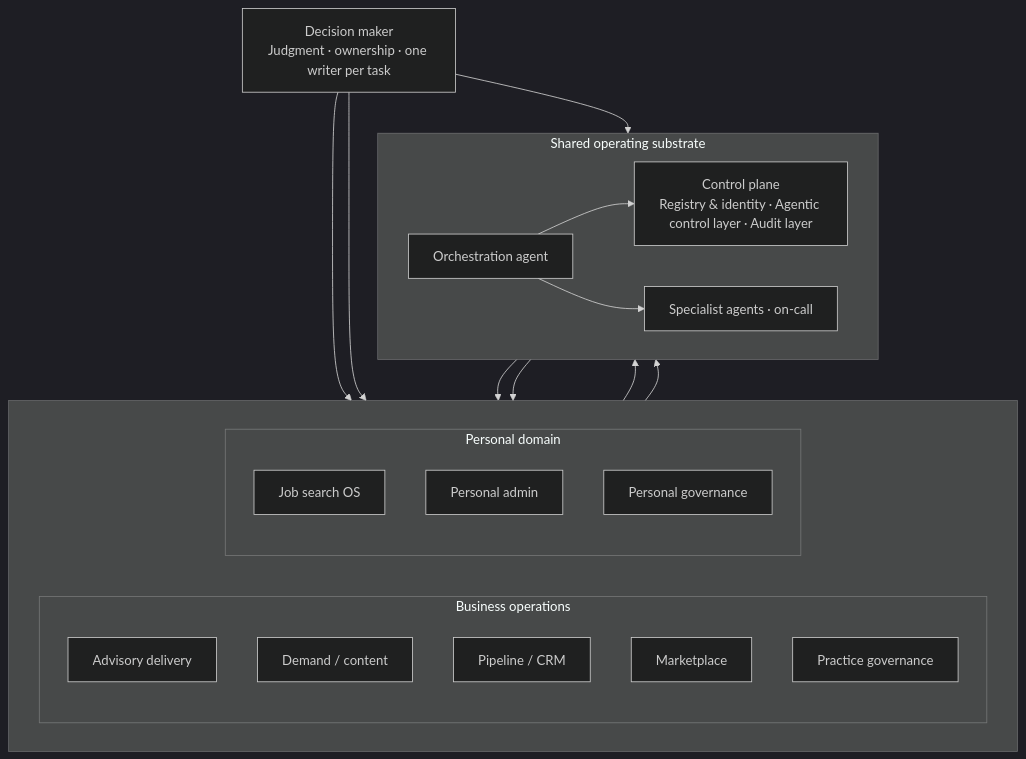
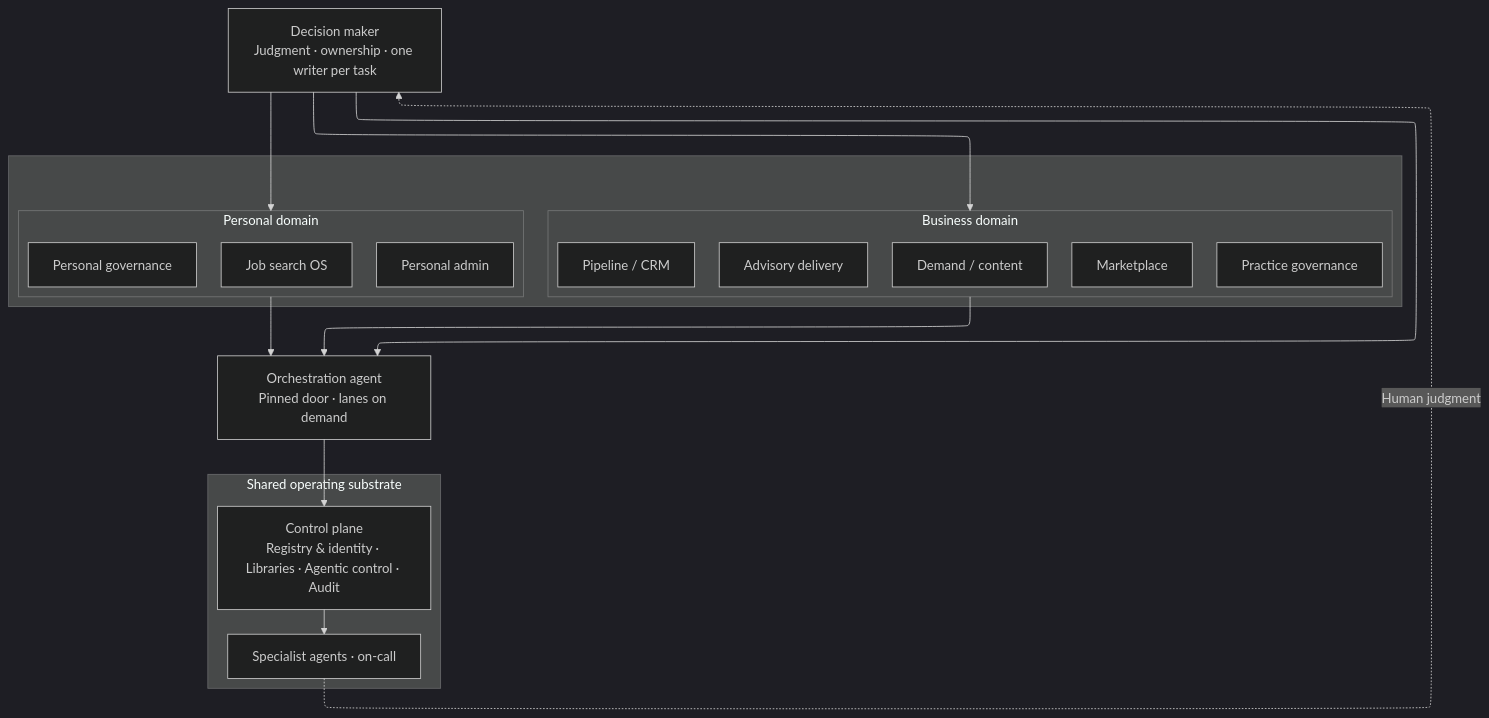
Before and after one commit to clintonpracher/operator-portfolio: the diagram in assets/diagrams/architecture-one-glance.mmd, drawn with Mermaid (dark theme). The commit also changed 35 other files, not shown here.

```diff
--- a/assets/diagrams/architecture-one-glance.mmd
+++ b/assets/diagrams/architecture-one-glance.mmd
@@ -1,37 +1,40 @@
+%%{init: {"flowchart": {"defaultRenderer": "elk"}} }%%
 flowchart TB
   DM["Decision maker<br/>Judgment · ownership · one writer per task"]
 
-  subgraph PILLARS[" "]
+  subgraph DOMAINS[" "]
     direction LR
 
-    subgraph BIZ["Business operations"]
+    subgraph BIZ["Business domain"]
+      direction TB
       B1["Advisory delivery"]
       B2["Demand / content"]
       B3["Pipeline / CRM"]
       B4["Marketplace"]
       B5["Practice governance"]
     end
 
     subgraph PER["Personal domain"]
+      direction TB
       P1["Job search OS"]
       P2["Personal admin"]
       P3["Personal governance"]
     end
   end
 
+  ORCH["Orchestration agent<br/>Pinned door · lanes on demand"]
+
   subgraph SHARED["Shared operating substrate"]
-    direction LR
-    ORCH["Orchestration agent"]
-    PLANE["Control plane<br/>Registry & identity · Agentic control layer · Audit layer"]
+    direction TB
+    PLANE["Control plane<br/>Registry & identity · Libraries · Agentic control · Audit"]
     SPEC["Specialist agents · on-call"]
   end
 
   DM --> BIZ
   DM --> PER
   DM --> ORCH
+  BIZ --> ORCH
+  PER --> ORCH
   ORCH --> PLANE
-  ORCH --> SPEC
-  BIZ --> PLANE
-  PER --> PLANE
-  SPEC --> BIZ
-  SPEC --> PER
+  PLANE --> SPEC
+  SPEC -.->|"Human judgment"| DM
```
